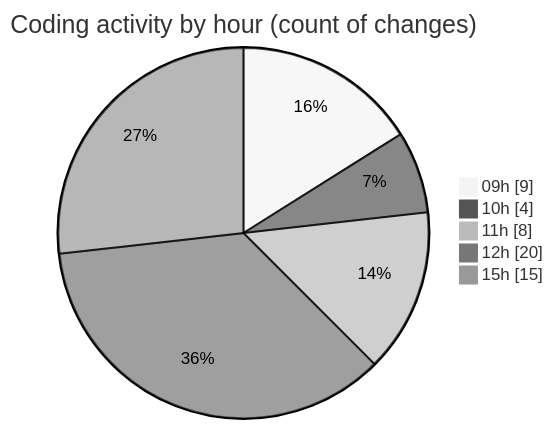
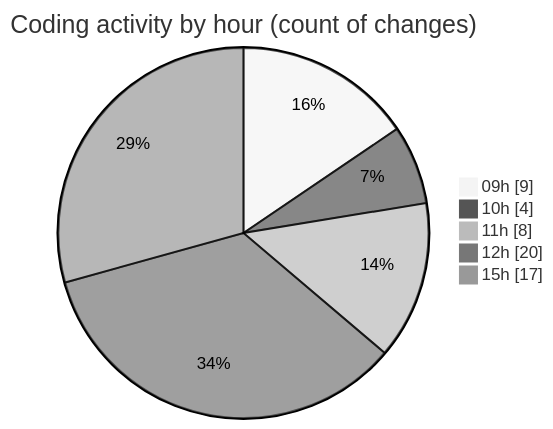
The second of 2 diagrams in 2026-01-09/cda/README.md (momahboobian/code-tracking), drawn with Mermaid (neutral theme) before and after one commit. The commit also changed other lines of this file and 1 other file, not shown here.

````diff
--- a/2026-01-09/cda/README.md
+++ b/2026-01-09/cda/README.md
@@ -36,9 +36,9 @@
 ```mermaid
 pie showData
 title Coding activity by hour (count of changes)
 "09h" : 9
 "10h" : 4
 "11h" : 8
 "12h" : 20
-"15h" : 15
+"15h" : 17
 ```
````
